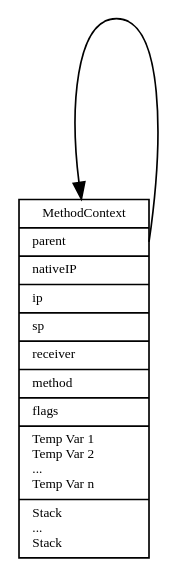
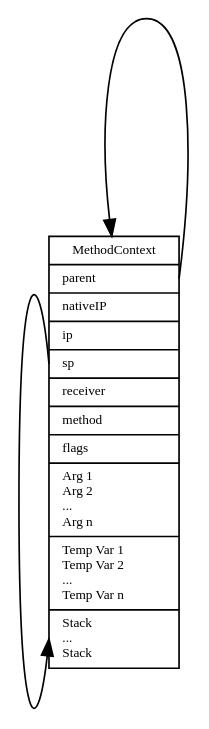
The diagram in doc/runtimeContext.dot (mathk/gst-jit), drawn with Graphviz before and after one commit.

Commit message:
Improve doc

```diff
--- a/doc/runtimeContext.dot
+++ b/doc/runtimeContext.dot
@@ -1,21 +1,22 @@
 digraph G {
 	fontname = "Bitstream Vera Sans";
 	fontsize = 8;
 
     node [
 		 fontname = "Bitstream Vera Sans"
 		 fontsize = 8
 		 shape = "record"
    ];
 
    edge [
    		fontname = "Bitstream Vera Sans"
        	fontsize = 8
    ];
 
    MethodContext [
-  		label = "{ <head> MethodContext | <parent> parent \l| nativeIP \l | ip \l| sp \l| receiver \l| method  \l|  flags \l| Temp Var 1 \l Temp Var 2 \l ... \l Temp Var n \l| Stack \l ... \l Stack \l }"
+  		label = "{ <head> MethodContext | <parent> parent \l| nativeIP \l | ip \l| <sp> sp \l| receiver \l| method  \l|  flags \l | Arg 1 \l Arg 2 \l ... \l Arg n \l | Temp Var 1 \l Temp Var 2 \l ... \l Temp Var n \l | <stack> Stack \l  ... \l Stack \l }"
 	];
 
 	MethodContext:parent:e -> MethodContext:head;
+	MethodContext:sp:w -> MethodContext:stack:w;
 }
```
